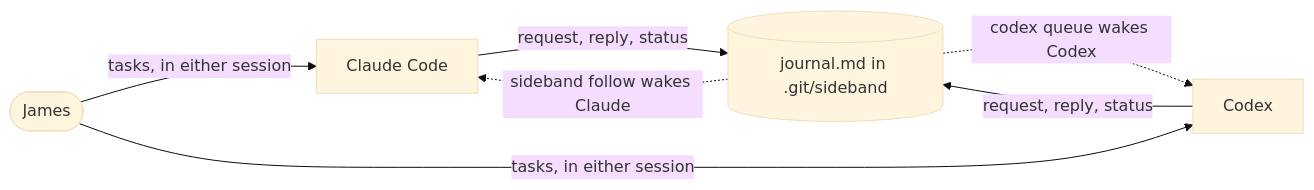
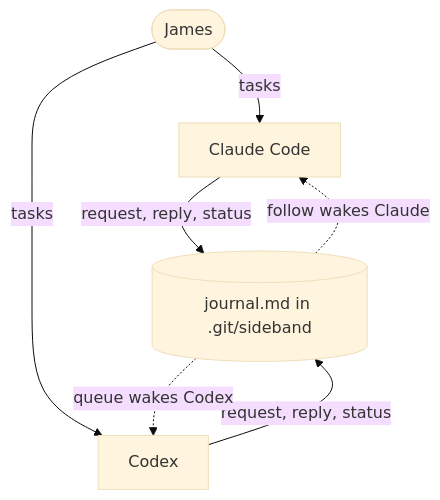
One commit to moltenbits/sideband changed the first of 3 diagrams in README.md. Above: the diagram before and after it, drawn with Mermaid (base theme).

Commit message:
Lay the architecture diagram out symmetrically: James above, journal below, agents side by side

````diff
--- a/README.md
+++ b/README.md
@@ -38,14 +38,14 @@
 ```mermaid
-flowchart LR
+flowchart TB
+    James(["James"])
     Claude["Claude Code"]
+    Codex["Codex"]
     Journal[("journal.md in .git/sideband")]
-    Codex["Codex"]
-    James(["James"])
 
+    James -- "tasks" --> Claude
+    James -- "tasks" --> Codex
     Claude -- "request, reply, status" --> Journal
     Codex -- "request, reply, status" --> Journal
-    Journal -. "sideband follow wakes Claude" .-> Claude
-    Journal -. "codex queue wakes Codex" .-> Codex
-    James -- "tasks, in either session" --> Claude
-    James -- "tasks, in either session" --> Codex
+    Journal -. "follow wakes Claude" .-> Claude
+    Journal -. "queue wakes Codex" .-> Codex
 ```
````
